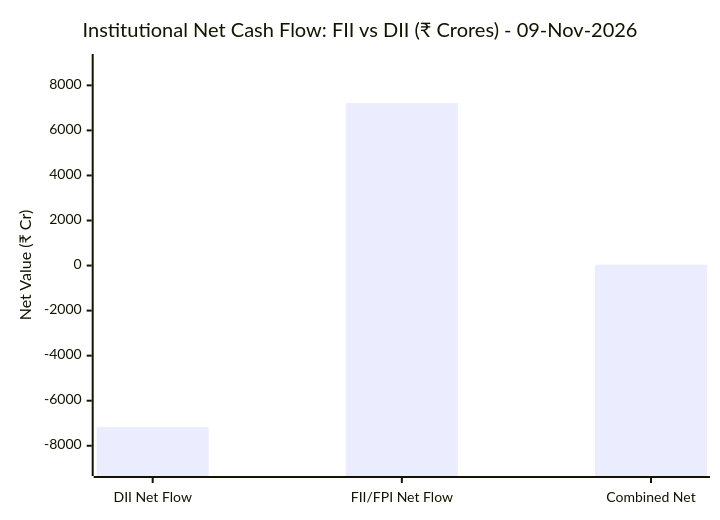
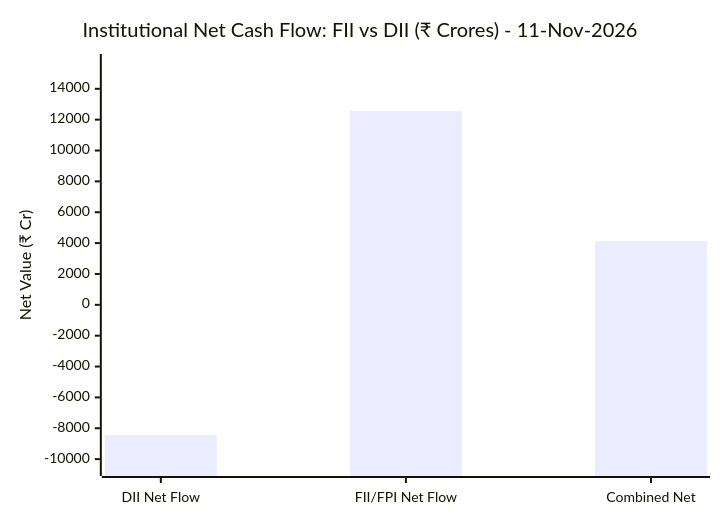
The diagram in market-intelligence/README.md (purnareddy9/dev), drawn with Mermaid before and after one commit. The commit also changed other lines of this file and 3 other files, not shown here.

````diff
--- a/market-intelligence/README.md
+++ b/market-intelligence/README.md
@@ -65,7 +65,7 @@
 ```mermaid
 xychart-beta
-    title "Institutional Net Cash Flow: FII vs DII (₹ Crores) - 09-Nov-2026"
+    title "Institutional Net Cash Flow: FII vs DII (₹ Crores) - 11-Nov-2026"
     x-axis ["DII Net Flow", "FII/FPI Net Flow", "Combined Net"]
-    y-axis "Net Value (₹ Cr)" -8965 --> 9015
-    bar [-7172.53, 7212.22, 39.69]
+    y-axis "Net Value (₹ Cr)" -10543 --> 15704
+    bar [-8434.53, 12563.33, 4128.8]
 ```
````
